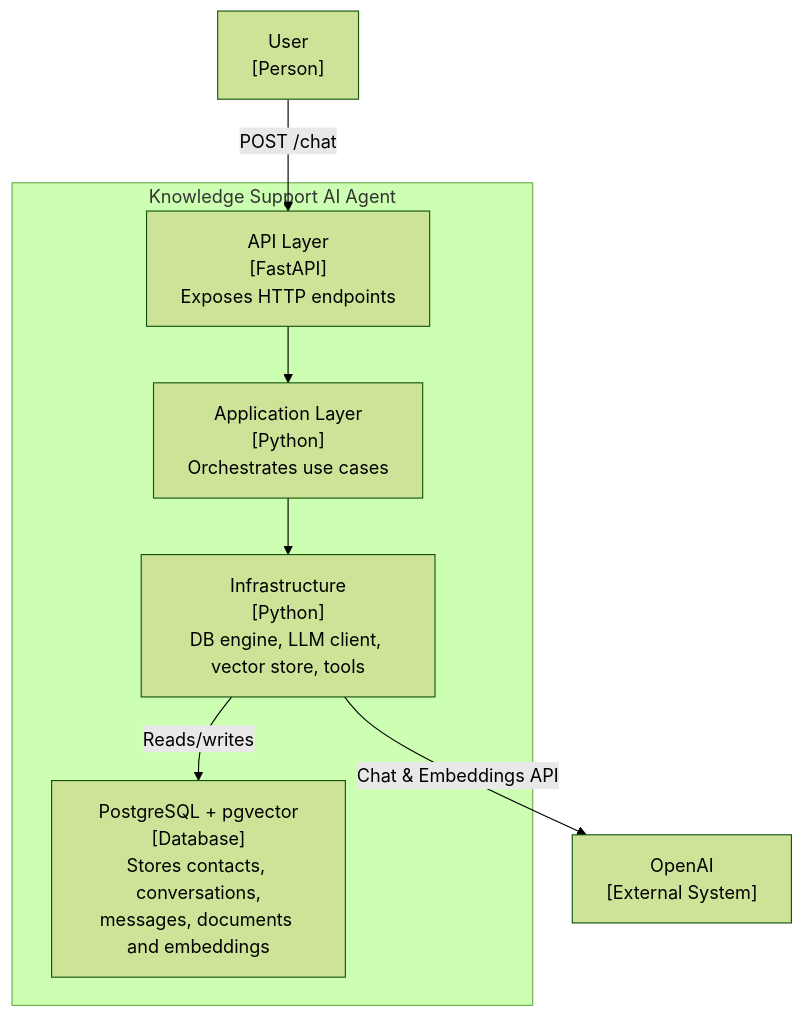
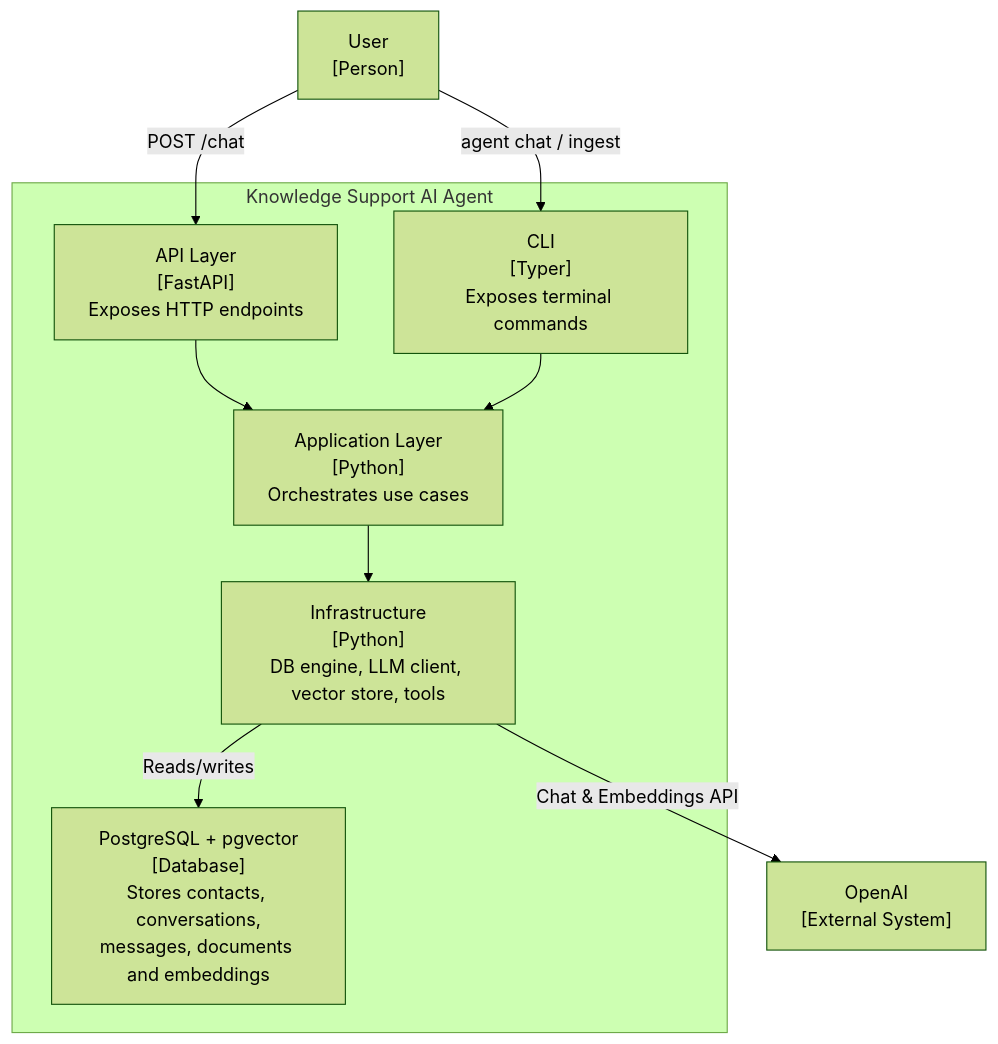
One commit to camercadop/knowledge-support-ai-agent changed the second of 3 diagrams in docs/architecture.md. Above: the diagram before and after it, drawn with Mermaid (forest theme). The commit also changed other lines of this file and 10 other files, not shown here.

````diff
--- a/docs/architecture.md
+++ b/docs/architecture.md
@@ -23,18 +23,21 @@
 ```mermaid
 flowchart TB
     user["User\n[Person]"]
     openai["OpenAI\n[External System]"]
 
     subgraph agent["Knowledge Support AI Agent"]
         api["API Layer\n[FastAPI]\nExposes HTTP endpoints"]
+        cli["CLI\n[Typer]\nExposes terminal commands"]
         app["Application Layer\n[Python]\nOrchestrates use cases"]
         infra["Infrastructure\n[Python]\nDB engine, LLM client, vector store, tools"]
         db["PostgreSQL + pgvector\n[Database]\nStores contacts, conversations,\nmessages, documents and embeddings"]
     end
 
     user -->|"POST /chat"| api
+    user -->|"agent chat / ingest"| cli
     api --> app
+    cli --> app
     app --> infra
     infra -->|"Chat & Embeddings API"| openai
     infra -->|"Reads/writes"| db
 ```
````
